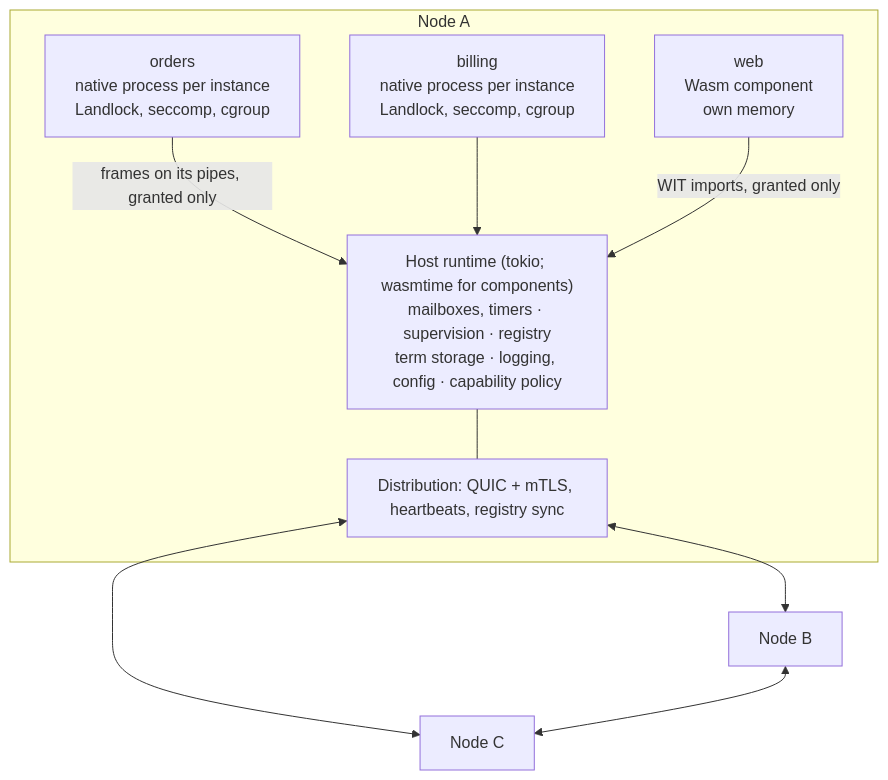
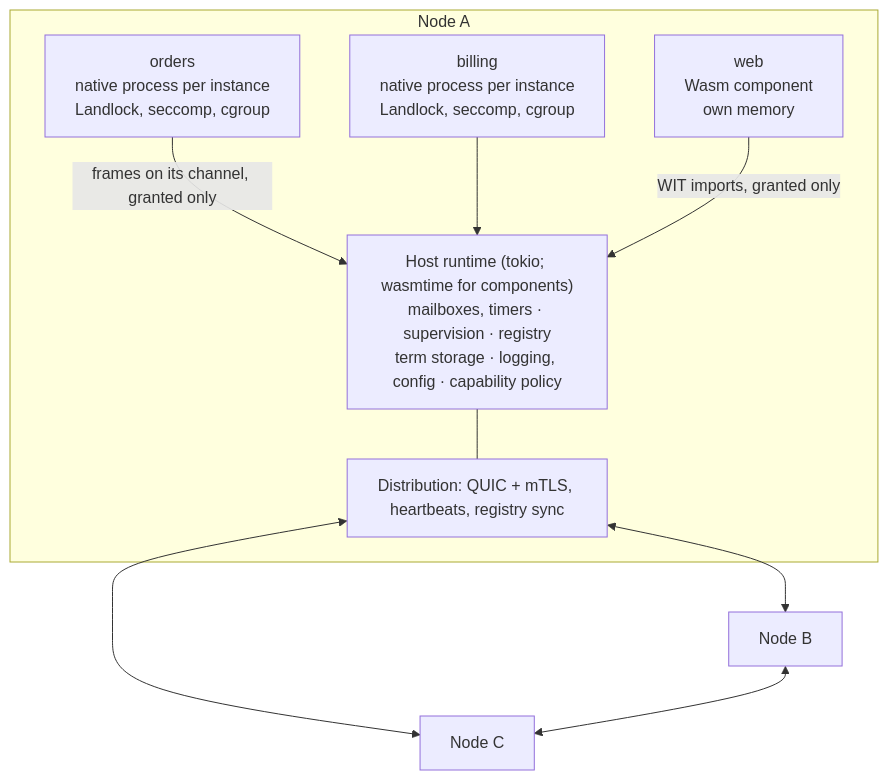
One commit to jrobhoward/paddock changed the diagram in docs/DESIGN.md. Above: the diagram before and after it, drawn with Mermaid. The commit also changed other lines of this file and 28 other files, not shown here.

````diff
--- a/docs/DESIGN.md
+++ b/docs/DESIGN.md
@@ -51,17 +51,17 @@
 ```mermaid
 flowchart TB
     subgraph A["Node A"]
         orders["orders<br/>native process per instance<br/>Landlock, seccomp, cgroup"]
         billing["billing<br/>native process per instance<br/>Landlock, seccomp, cgroup"]
         web["web<br/>Wasm component<br/>own memory"]
         host["Host runtime (tokio; wasmtime for components)<br/>mailboxes, timers · supervision · registry<br/>term storage · logging, config · capability policy"]
         dist["Distribution: QUIC + mTLS, heartbeats, registry sync"]
-        orders -->|"frames on its pipes, granted only"| host
+        orders -->|"frames on its channel, granted only"| host
         billing --> host
         web -->|"WIT imports, granted only"| host
         host --- dist
     end
     dist <--> B["Node B"]
     dist <--> C["Node C"]
     B <--> C
 ```
````
